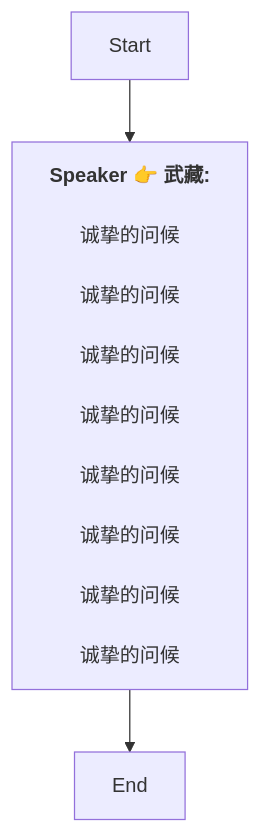
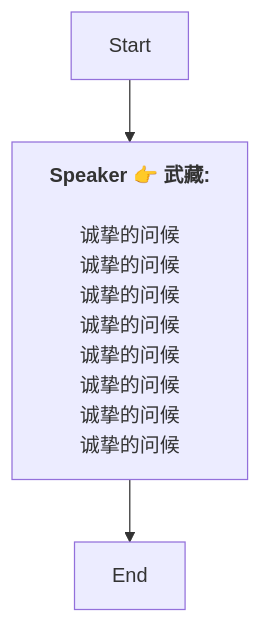
One commit to SoftHu/tos_avg changed the diagram in Zh/NatsuMatsuriTalk.md. Above: the diagram before and after it, drawn with Mermaid. The commit also changed 199 other files, not shown here.

````diff
--- a/Zh/NatsuMatsuriTalk.md
+++ b/Zh/NatsuMatsuriTalk.md
@@ -1,23 +1,15 @@
 ```mermaid
 graph
 Start -->1754552818964928[<b>Speaker 👉 武藏:</b>
 
 诚挚的问候
-
 诚挚的问候
-
 诚挚的问候
-
 诚挚的问候
-
 诚挚的问候
-
 诚挚的问候
-
 诚挚的问候
-
-诚挚的问候
-]
+诚挚的问候]
 1754552818964928 -->1754552866948545[End]
 
  ```
````
